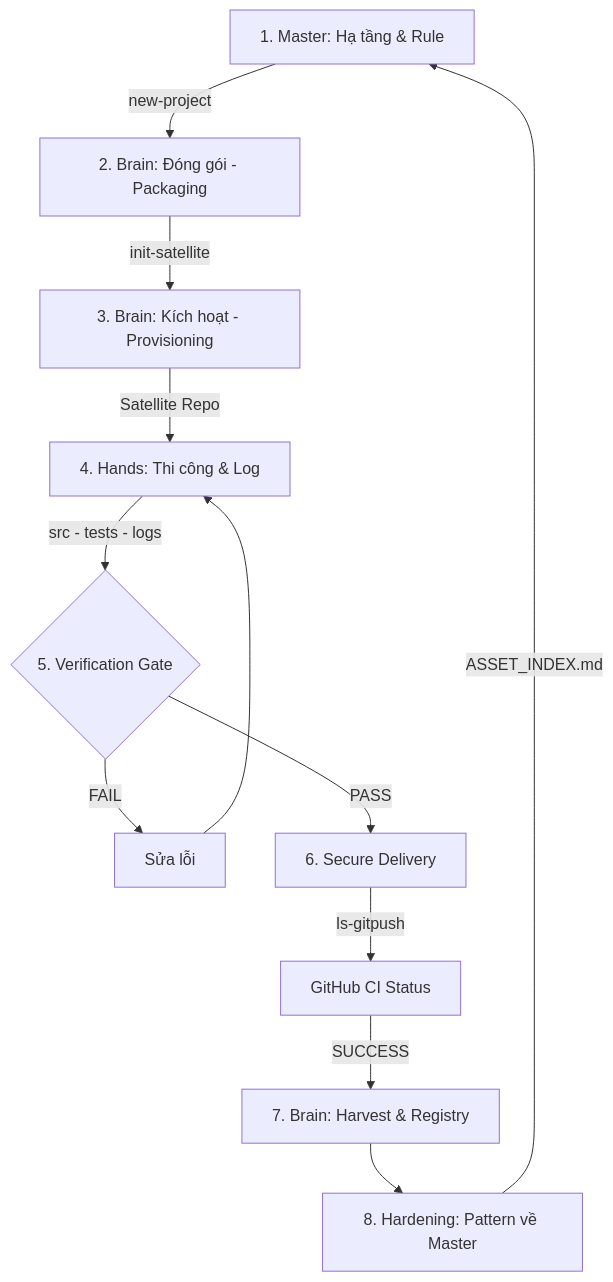
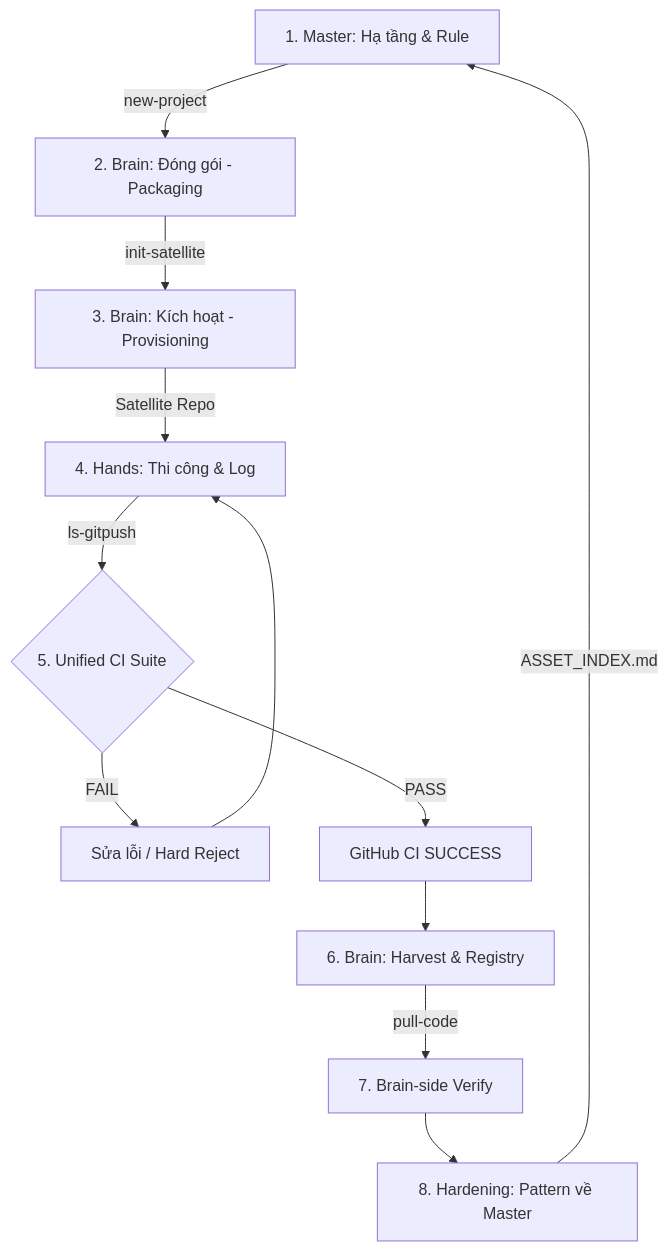
The diagram in backlog.md (Link-Strategy/Link_Stategy_Development_System), drawn with Mermaid before and after one commit. The commit also changed other lines of this file and 18 other files, not shown here.

Commit message:
feat: implement core synchronization engine with automated rule propagation and secure asset harvesting workflows

````diff
--- a/backlog.md
+++ b/backlog.md
@@ -53,14 +53,14 @@
 ```mermaid
 graph TD
     M[1. Master: Hạ tầng & Rule] -->|new-project| B[2. Brain: Đóng gói - Packaging]
     B -->|init-satellite| P[3. Brain: Kích hoạt - Provisioning]
     P -->|Satellite Repo| H[4. Hands: Thi công & Log]
-    H -->|src - tests - logs| E{5. Verification Gate}
-    E -->|FAIL| F[Sửa lỗi]
+    H -->|ls-gitpush| E{5. Unified CI Suite}
+    E -->|FAIL| F[Sửa lỗi / Hard Reject]
     F --> H
-    E -->|PASS| G[6. Secure Delivery]
-    G -->|ls-gitpush| GH[GitHub CI Status]
-    GH -->|SUCCESS| I[7. Brain: Harvest & Registry]
-    I --> J[8. Hardening: Pattern về Master]
-    J -->|ASSET_INDEX.md| M
+    E -->|PASS| GH[GitHub CI SUCCESS]
+    GH --> I[6. Brain: Harvest & Registry]
+    I -->|pull-code| J[7. Brain-side Verify]
+    J --> K[8. Hardening: Pattern về Master]
+    K -->|ASSET_INDEX.md| M
 ```
````
